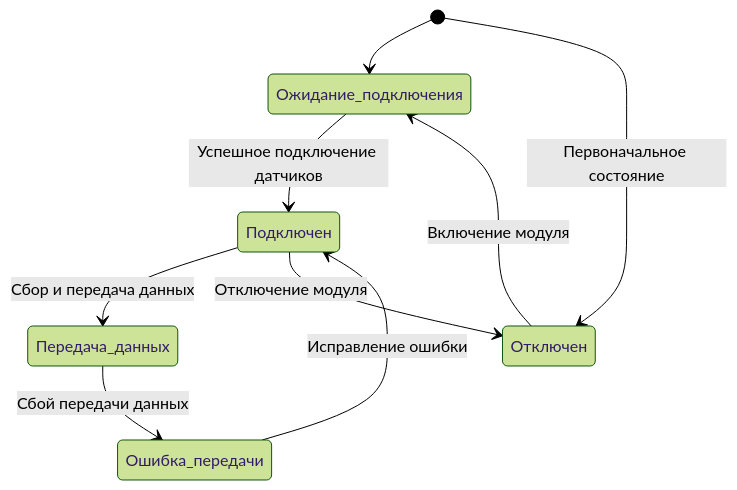
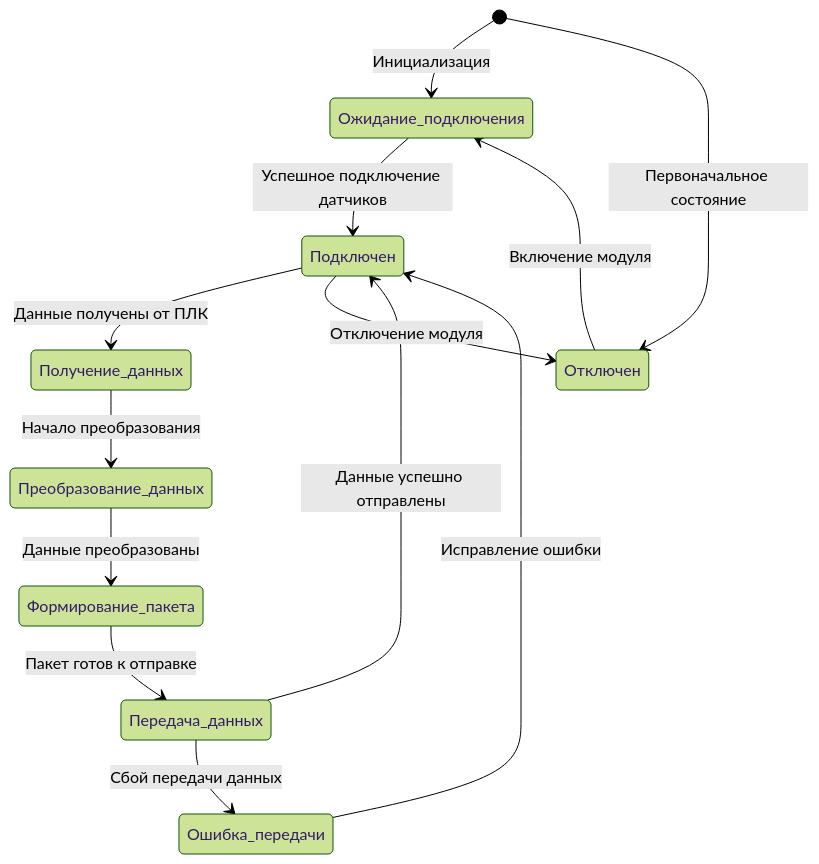
One commit to zonkytm/diploma-architecture changed the diagram in StateDiagrams/Communication module.md. Above: the diagram before and after it, drawn with Mermaid (forest theme). The commit also changed 8 other files, not shown here.

````diff
--- a/StateDiagrams/Communication module.md
+++ b/StateDiagrams/Communication module.md
@@ -10,12 +10,17 @@
 ```mermaid
 stateDiagram-v2
-    [*] --> Ожидание_подключения
+    [*] --> Ожидание_подключения: Инициализация
     Ожидание_подключения --> Подключен : Успешное подключение датчиков
-    Подключен --> Передача_данных : Сбор и передача данных
+    Подключен --> Получение_данных : Данные получены от ПЛК
+    Получение_данных --> Преобразование_данных : Начало преобразования
+    Преобразование_данных --> Формирование_пакета : Данные преобразованы
+    Формирование_пакета --> Передача_данных : Пакет готов к отправке
+    Передача_данных --> Подключен : Данные успешно отправлены
     Передача_данных --> Ошибка_передачи : Сбой передачи данных
     Ошибка_передачи --> Подключен : Исправление ошибки
     Подключен --> Отключен : Отключение модуля
     Отключен --> Ожидание_подключения : Включение модуля
     [*] --> Отключен : Первоначальное состояние
-   
+
+    
 ```
````
